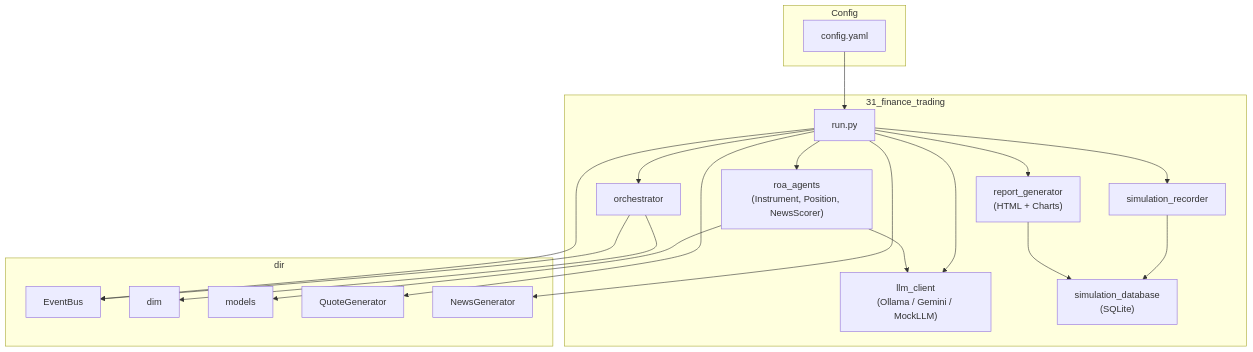
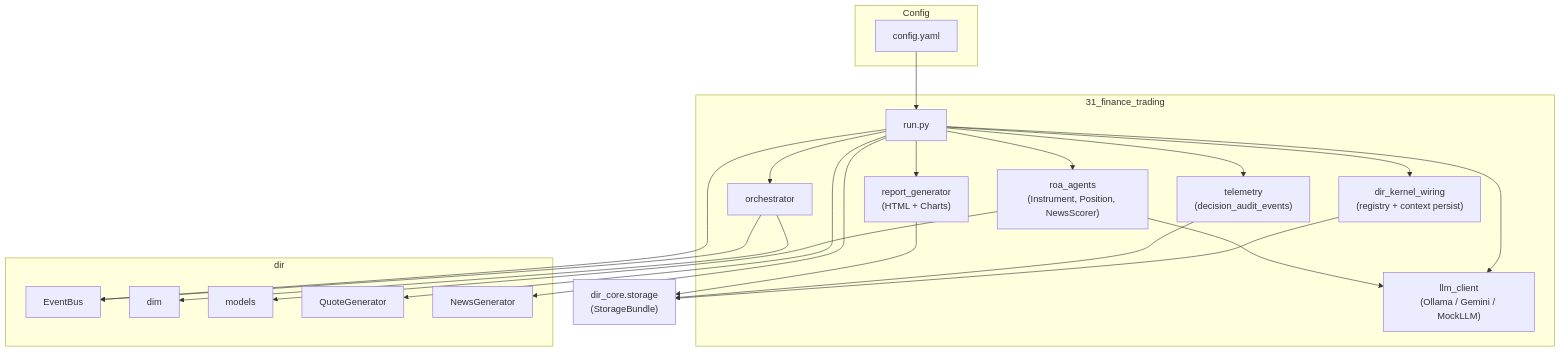
One commit to huka81/decision-intelligence-runtime changed the seventh of 7 diagrams in samples/31_finance_trading/README.md. Above: the diagram before and after it, drawn with Mermaid. The commit also changed other lines of this file and 285 other files, not shown here.

First line of the commit message:
release: dir-core v0.1.0 publication

````diff
--- a/samples/31_finance_trading/README.md
+++ b/samples/31_finance_trading/README.md
@@ -670,40 +670,42 @@
 ```mermaid
 flowchart TB
     subgraph Config
         YAML["config.yaml"]
     end
 
     subgraph Sample["31_finance_trading"]
         Run["run.py"]
         LLM["llm_client\n(Ollama / Gemini / MockLLM)"]
         ROA["roa_agents\n(Instrument, Position, NewsScorer)"]
         Orch["orchestrator"]
-        Rec["simulation_recorder"]
-        DB["simulation_database\n(SQLite)"]
+        Kern["dir_kernel_wiring\n(registry + context persist)"]
+        Rec["telemetry\n(decision_audit_events)"]
         Rep["report_generator\n(HTML + Charts)"]
     end
 
     subgraph Dir["dir"]
         Bus["EventBus"]
         DIM["dim"]
         Models["models"]
         QGen["QuoteGenerator"]
         NGen["NewsGenerator"]
     end
 
     YAML --> Run
     Run --> LLM
     Run --> ROA
     Run --> Orch
     Run --> QGen
     Run --> NGen
+    Run --> Kern
     Run --> Rec
     Run --> Rep
+    Kern --> DB["dir_core.storage\n(StorageBundle)"]
     Rec --> DB
     Rep --> DB
     ROA --> LLM
     ROA --> Models
     Orch --> Bus
     Orch --> DIM
     Run --> Bus
 ```
````
